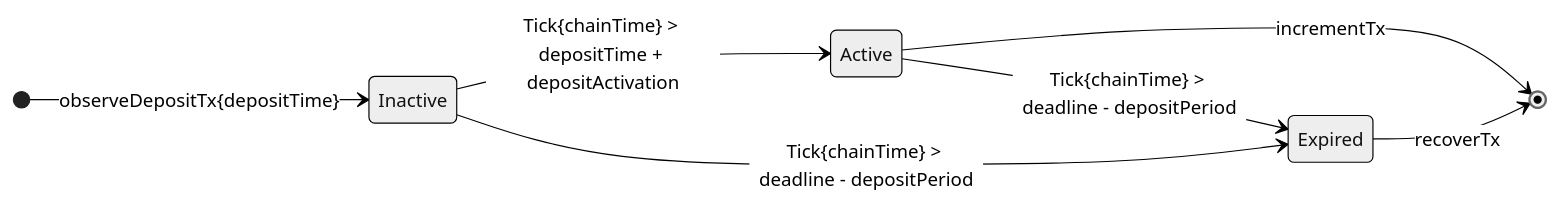
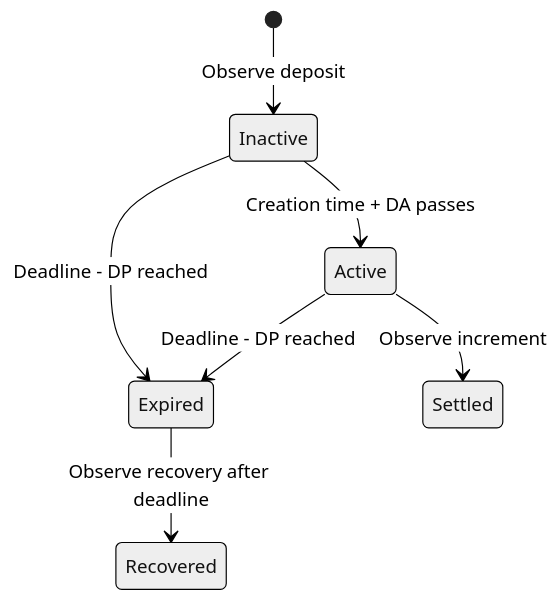
One commit to cardano-scaling/hydra changed the third of 4 diagrams in docs/docs/dev/protocol.md. Above: the diagram before and after it, drawn with Mermaid (neutral theme). The commit also changed other lines of this file and 97 other files, not shown here.

````diff
--- a/docs/docs/dev/protocol.md
+++ b/docs/docs/dev/protocol.md
@@ -131,10 +104,9 @@
 ```mermaid
-stateDiagram
-    direction LR
-    [*] --> Inactive : observeDepositTx{depositTime}
-    Inactive --> Active : Tick{chainTime} > depositTime + depositActivation
-    Active --> Expired : Tick{chainTime} > deadline - depositPeriod
-    Inactive --> Expired : Tick{chainTime} > deadline - depositPeriod
-    Active --> [*] : incrementTx
-    Expired --> [*] : recoverTx
+stateDiagram-v2
+    [*] --> Inactive: Observe deposit
+    Inactive --> Active: Creation time + DA passes
+    Inactive --> Expired: Deadline - DP reached
+    Active --> Expired: Deadline - DP reached
+    Active --> Settled: Observe increment
+    Expired --> Recovered: Observe recovery after deadline
 ```
````
